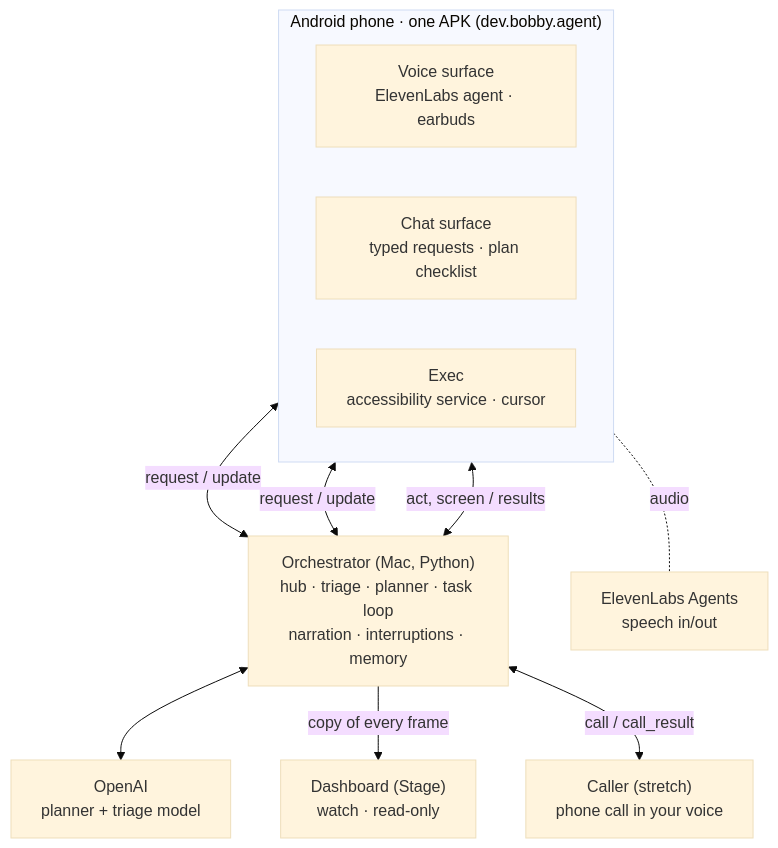
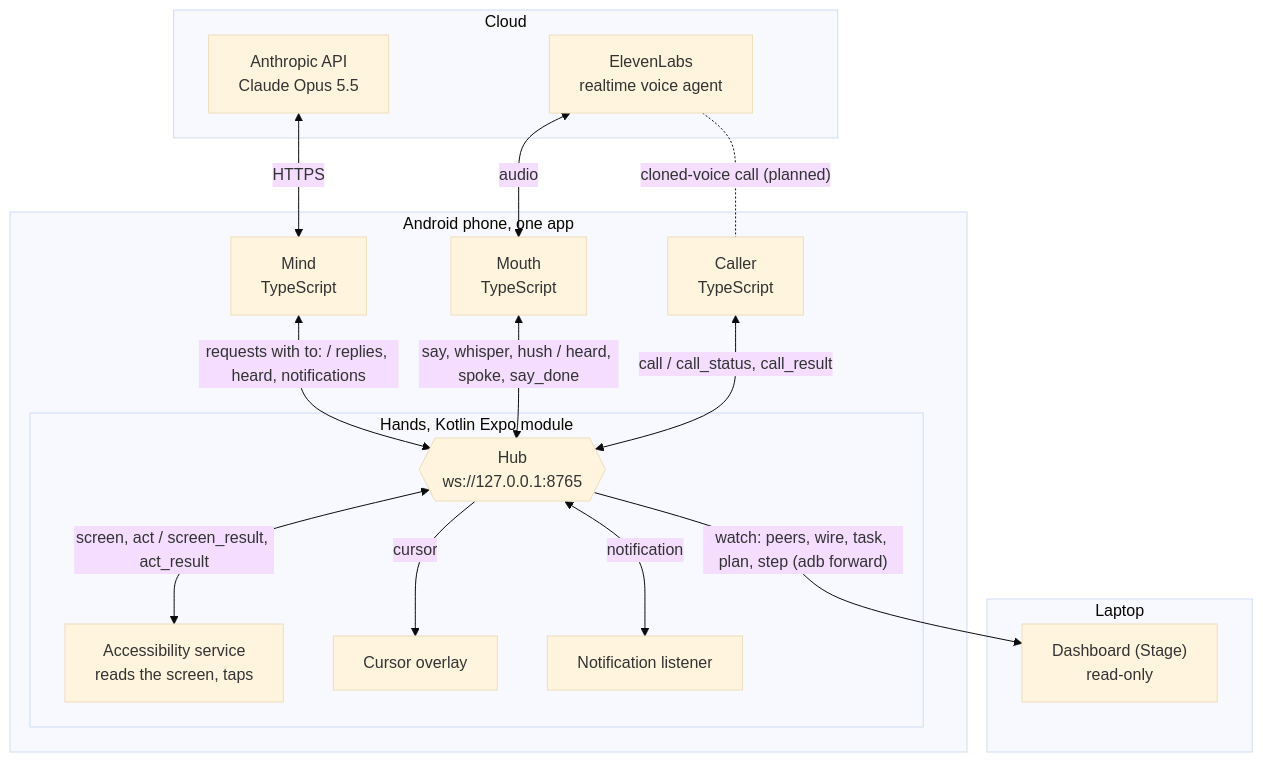
Before and after one commit to DevHamzaKhan/elevenlabshackathon: the diagram in stage/readme/README.md, drawn with Mermaid (base theme). The commit also changed other lines of this file and 3 other files, not shown here.

Commit message:
Stage (backup by James C): README draft + architecture diagram, voice-cursor timing strip on the dashboard

````diff
--- a/stage/readme/README.md
+++ b/stage/readme/README.md
@@ -7,22 +25,31 @@
 ```mermaid
 flowchart TB
-  subgraph Phone["Android phone · one APK (dev.bobby.agent)"]
-    direction LR
-    V["Voice surface<br/>ElevenLabs agent · earbuds"]
-    C["Chat surface<br/>typed requests · plan checklist"]
-    X["Exec<br/>accessibility service · cursor"]
+  subgraph cloud["Cloud"]
+    A["Anthropic API<br/>Claude Opus 5.5"]
+    E["ElevenLabs<br/>realtime voice agent"]
   end
-  O["Orchestrator (Mac, Python)<br/>hub · triage · planner · task loop<br/>narration · interruptions · memory"]
-  EL["ElevenLabs Agents<br/>speech in/out"]
-  AI["OpenAI<br/>planner + triage model"]
-  D["Dashboard (Stage)<br/>watch · read-only"]
-  K["Caller (stretch)<br/>phone call in your voice"]
-
-  V <-- "request / update" --> O
-  C <-- "request / update" --> O
-  X <-- "act, screen / results" --> O
-  V -. audio .- EL
-  O <--> AI
-  O -- "copy of every frame" --> D
-  O <-- "call / call_result" --> K
+  subgraph phone["Android phone, one app"]
+    M["Mind<br/>TypeScript"]
+    O["Mouth<br/>TypeScript"]
+    C["Caller<br/>TypeScript"]
+    subgraph hands["Hands, Kotlin Expo module"]
+      H{{"Hub<br/>ws://127.0.0.1:8765"}}
+      S["Accessibility service<br/>reads the screen, taps"]
+      K["Cursor overlay"]
+      N["Notification listener"]
+    end
+  end
+  subgraph laptop["Laptop"]
+    D["Dashboard (Stage)<br/>read-only"]
+  end
+  A <-->|"HTTPS"| M
+  E <-->|"audio"| O
+  E -.-|"cloned-voice call (planned)"| C
+  M <-->|"requests with to: / replies, heard, notifications"| H
+  O <-->|"say, whisper, hush / heard, spoke, say_done"| H
+  C <-->|"call / call_status, call_result"| H
+  H <-->|"screen, act / screen_result, act_result"| S
+  H -->|"cursor"| K
+  H <-->|"notification"| N
+  H -->|"watch: peers, wire, task, plan, step (adb forward)"| D
 ```
````
